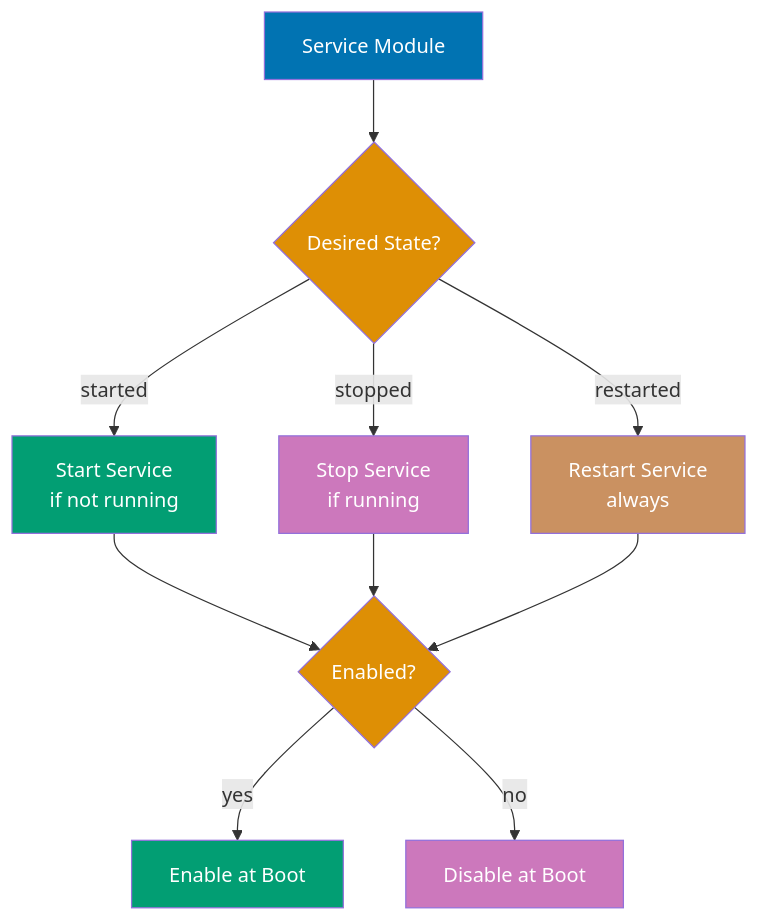
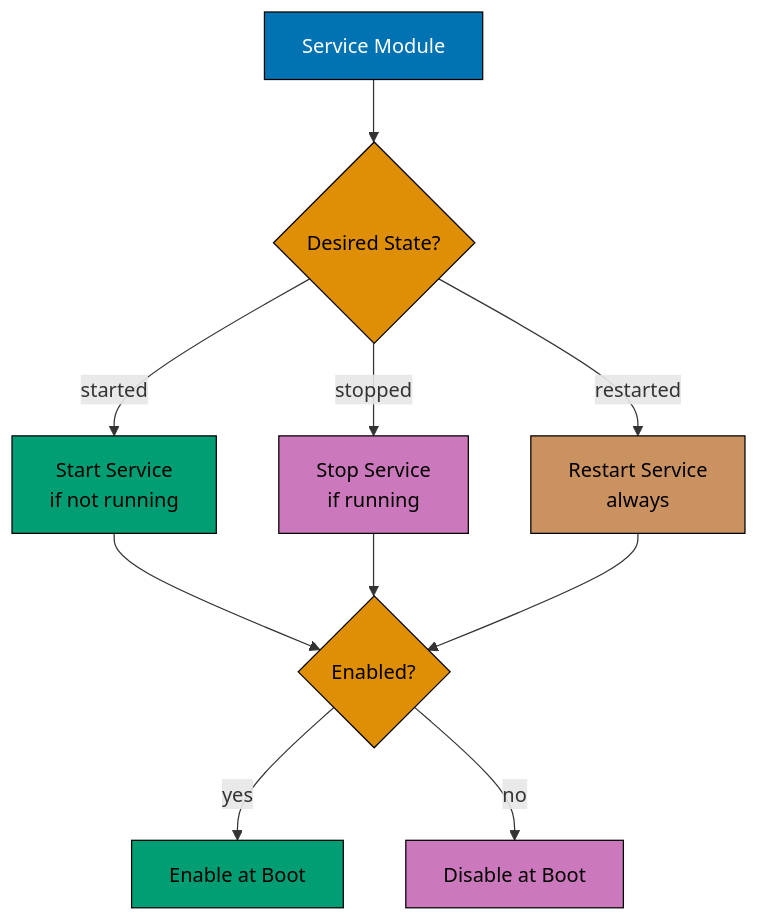
One commit to wahidyankf/ose-public changed the sixth of 8 diagrams in apps/ayokoding-www/content/en/learn/legacy/software-engineering/infrastructure/tools/ansible/by-example/beginner.md. Above: the diagram before and after it, drawn with Mermaid. The commit also changed other lines of this file and 131 other files, not shown here.

First line of the commit message:
fix(mermaid): bring the legacy data, infrastructure, and testing diagrams onto the accessible palette

````diff
--- a/apps/ayokoding-www/content/en/learn/legacy/software-engineering/infrastructure/tools/ansible/by-example/beginner.md
+++ b/apps/ayokoding-www/content/en/learn/legacy/software-engineering/infrastructure/tools/ansible/by-example/beginner.md
@@ -1708,22 +1747,30 @@
 ```mermaid
 %% Color Palette: Blue #0173B2, Orange #DE8F05, Teal #029E73, Purple #CC78BC, Brown #CA9161
 graph TD
+ accTitle: Example 16: Service Management
+ accDescr: Graph with 8 nodes and 9 connections. Nodes: Service Module, Desired State?, Start Service if not running, Stop Service if running, Restart Service always, Enabled?, Enable at Boot, Disable at Boot. Connections: Service Module to Desired State?, Desired State? to Start Service if not running (started), Desired State? to Stop Service if running (stopped), Desired State? to Restart Service always (restarted), Start Service if not running to Enabled?, Stop Service if running to Enabled?, Restart Service always to Enabled?, Enabled? to Enable at Boot (yes), Enabled? to Disable at Boot (no).
  A["Service Module"] --> B{Desired State?}
  B -->|started| C["Start Service<br/>if not running"]
  B -->|stopped| D["Stop Service<br/>if running"]
  B -->|restarted| E["Restart Service<br/>always"]
  C --> F{Enabled?}
  D --> F
  E --> F
  F -->|yes| G["Enable at Boot"]
  F -->|no| H["Disable at Boot"]
 
- style A fill:#0173B2,color:#fff
- style B fill:#DE8F05,color:#fff
- style C fill:#029E73,color:#fff
- style D fill:#CC78BC,color:#fff
- style E fill:#CA9161,color:#fff
- style F fill:#DE8F05,color:#fff
- style G fill:#029E73,color:#fff
- style H fill:#CC78BC,color:#fff
+ classDef pal-0173B2 fill:#0173B2,stroke:#000000,color:#FFFFFF
+ class A pal-0173B2
+ classDef pal-DE8F05 fill:#DE8F05,stroke:#000000,color:#000000
+ class B pal-DE8F05
+ classDef pal-029E73 fill:#029E73,stroke:#000000,color:#000000
+ class C pal-029E73
+ classDef pal-CC78BC fill:#CC78BC,stroke:#000000,color:#000000
+ class D pal-CC78BC
+ classDef pal-CA9161 fill:#CA9161,stroke:#000000,color:#000000
+ class E pal-CA9161
+ class F pal-DE8F05
+ class G pal-029E73
+ class H pal-CC78BC
+ classDef default fill:#FFFFFF,stroke:#000000,color:#000000
 ```
````
